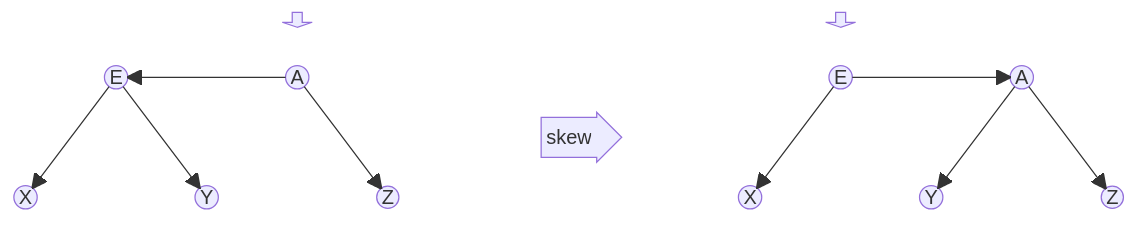
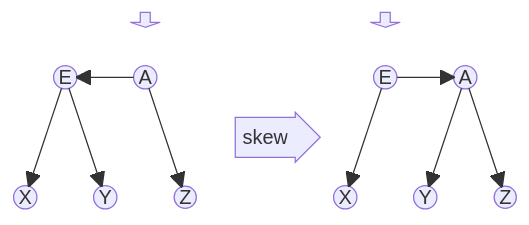
One commit to BenhurUFSM/l226b changed the second of 2 diagrams in Assuntos/arvore-aa.md. Above: the diagram before and after it, drawn with Mermaid.

````diff
--- a/Assuntos/arvore-aa.md
+++ b/Assuntos/arvore-aa.md
@@ -37,16 +37,16 @@
 ```mermaid
 block
   columns 13
   space:3 p1<[" "]>(down) space:5 p2<[" "]>(down) space:3
   space e1(("E")) space r1(("A")) space space:3 space r2(("E")) space d2(("A")) space
-  space:6 f<["skew"]>(right) space:6
+  space:5 f<["skew"]>(right):3 space:5
   ee1(("X")) space ed1(("Y")) space d1(("Z")) space:3 e2(("X")) space de2(("Y")) space dd2(("Z"))
   r1-->e1
   r1-->d1
   e1-->ee1
   e1-->ed1
   r2-->e2
   r2-->d2
   d2-->de2
   d2-->dd2
 ```
````
